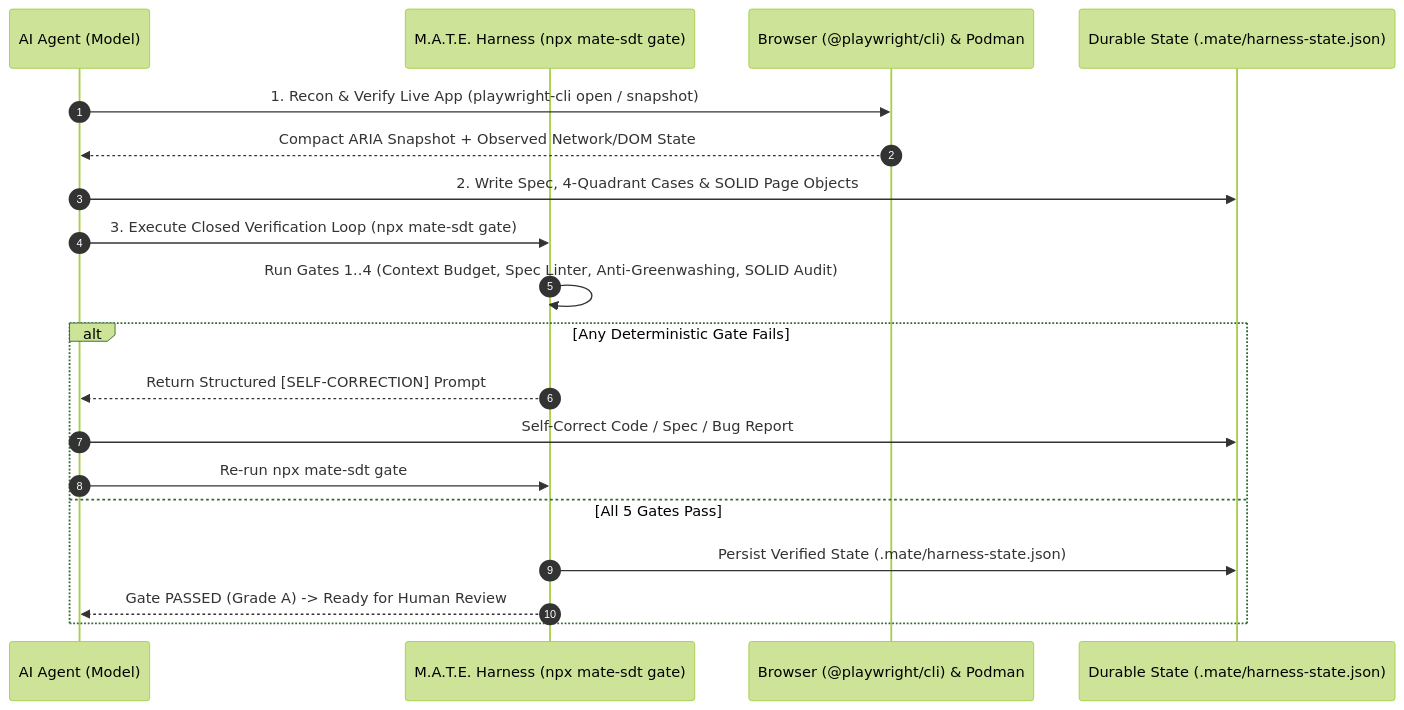
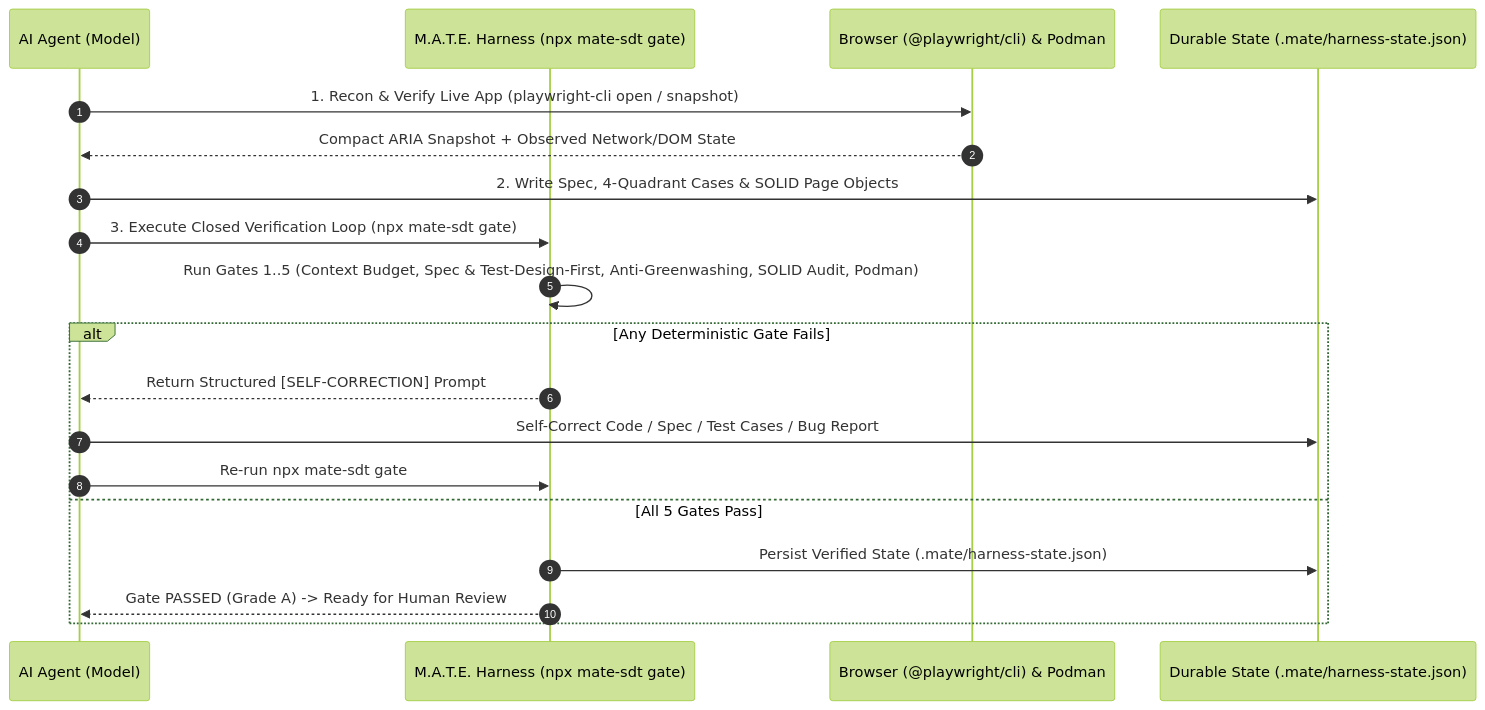
The second of 2 diagrams in docs/CONTEXT_AND_HARNESS_ENGINEERING.md (crespoantonio/mate-sdt), drawn with Mermaid (forest theme) before and after one commit. The commit also changed other lines of this file and 14 other files, not shown here.

Commit message:
feat: add CLI reference, harness engine, and test-design-first mandates

````diff
--- a/docs/CONTEXT_AND_HARNESS_ENGINEERING.md
+++ b/docs/CONTEXT_AND_HARNESS_ENGINEERING.md
@@ -59,22 +59,22 @@
 ```mermaid
 sequenceDiagram
     autonumber
     participant Agent as AI Agent (Model)
     participant Harness as M.A.T.E. Harness (npx mate-sdt gate)
     participant Sandbox as Browser (@playwright/cli) & Podman
     participant State as Durable State (.mate/harness-state.json)
 
     Agent->>Sandbox: 1. Recon & Verify Live App (playwright-cli open / snapshot)
     Sandbox-->>Agent: Compact ARIA Snapshot + Observed Network/DOM State
     Agent->>State: 2. Write Spec, 4-Quadrant Cases & SOLID Page Objects
     Agent->>Harness: 3. Execute Closed Verification Loop (npx mate-sdt gate)
-    Harness->>Harness: Run Gates 1..4 (Context Budget, Spec Linter, Anti-Greenwashing, SOLID Audit)
+    Harness->>Harness: Run Gates 1..5 (Context Budget, Spec & Test-Design-First, Anti-Greenwashing, SOLID Audit, Podman)
     alt Any Deterministic Gate Fails
         Harness-->>Agent: Return Structured [SELF-CORRECTION] Prompt
-        Agent->>State: Self-Correct Code / Spec / Bug Report
+        Agent->>State: Self-Correct Code / Spec / Test Cases / Bug Report
         Agent->>Harness: Re-run npx mate-sdt gate
     else All 5 Gates Pass
         Harness->>State: Persist Verified State (.mate/harness-state.json)
         Harness-->>Agent: Gate PASSED (Grade A) -> Ready for Human Review
     end
 ```
````
